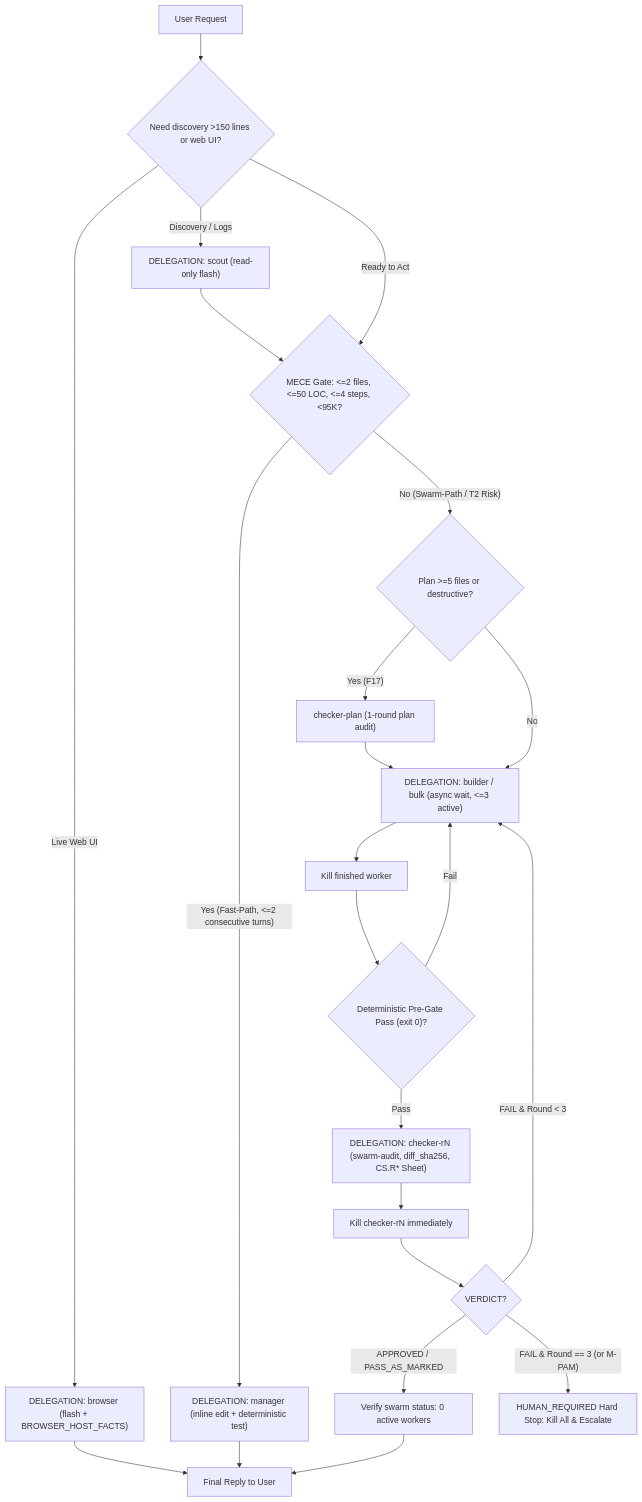
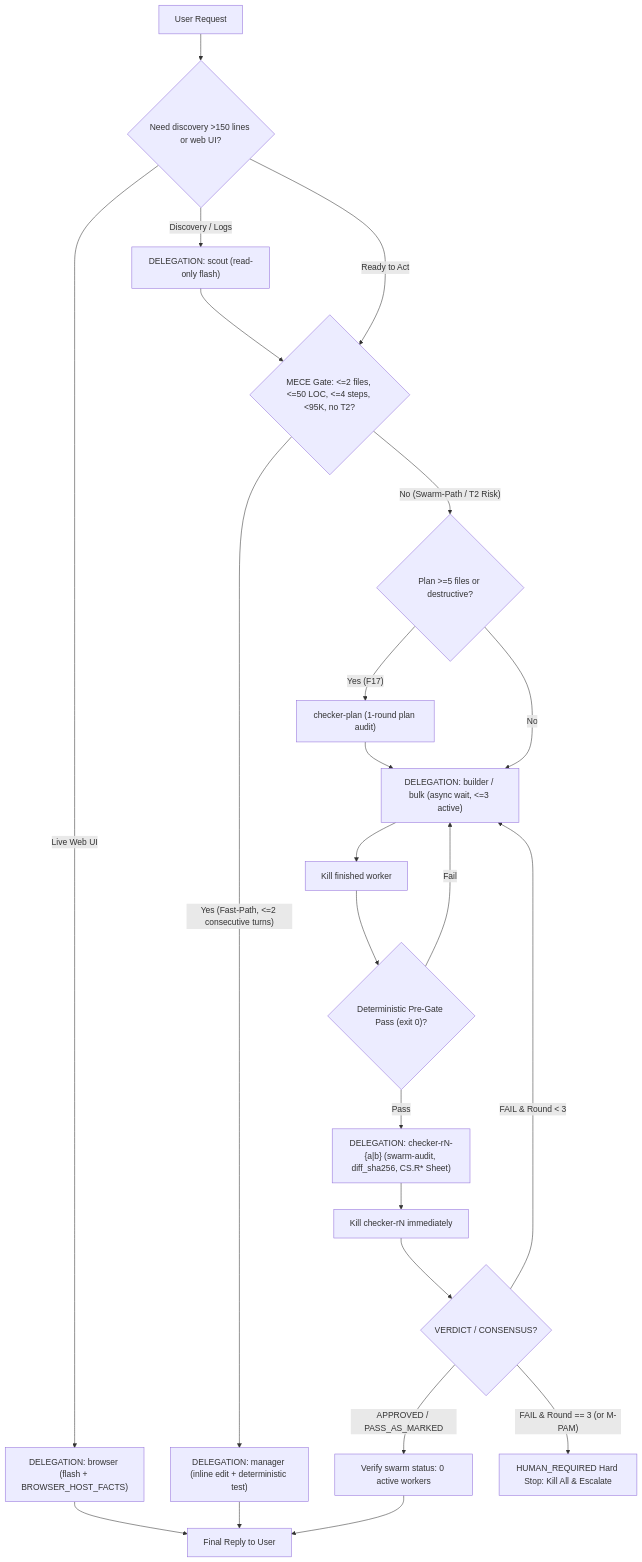
Before and after one commit to ehsandftm/antigravity-delegation-rules: the diagram in README.md, drawn with Mermaid. The commit also changed other lines of this file and 5 other files, not shown here.

````diff
--- a/README.md
+++ b/README.md
@@ -16,27 +17,27 @@
 ```mermaid
 flowchart TD
     U["User Request"] --> T{"Need discovery >150 lines or web UI?"}
     T -->|"Discovery / Logs"| SC["DELEGATION: scout (read-only flash)"]
     T -->|"Live Web UI"| BR["DELEGATION: browser (flash + BROWSER_HOST_FACTS)"]
     SC --> G
     BR --> DONE
-    T -->|"Ready to Act"| G{"MECE Gate: <=2 files, <=50 LOC, <=4 steps, <95K?"}
+    T -->|"Ready to Act"| G{"MECE Gate: <=2 files, <=50 LOC, <=4 steps, <95K, no T2?"}
 
     G -->|"Yes (Fast-Path, <=2 consecutive turns)"| M["DELEGATION: manager (inline edit + deterministic test)"]
     M --> DONE["Final Reply to User"]
 
     G -->|"No (Swarm-Path / T2 Risk)"| P{"Plan >=5 files or destructive?"}
     P -->|"Yes (F17)"| CP["checker-plan (1-round plan audit)"]
     CP --> W
     P -->|"No"| W["DELEGATION: builder / bulk (async wait, <=3 active)"]
     W --> K1["Kill finished worker"]
     K1 --> DT{"Deterministic Pre-Gate Pass (exit 0)?"}
     DT -->|"Fail"| W
-    DT -->|"Pass"| C["DELEGATION: checker-rN (swarm-audit, diff_sha256, CS.R* Sheet)"]
+    DT -->|"Pass"| C["DELEGATION: checker-rN-{a|b} (swarm-audit, diff_sha256, CS.R* Sheet)"]
     C --> K2["Kill checker-rN immediately"]
-    K2 --> V{"VERDICT?"}
+    K2 --> V{"VERDICT / CONSENSUS?"}
     V -->|"APPROVED / PASS_AS_MARKED"| ST["Verify swarm status: 0 active workers"]
     ST --> DONE
     V -->|"FAIL & Round < 3"| W
     V -->|"FAIL & Round == 3 (or M-PAM)"| HS["HUMAN_REQUIRED Hard Stop: Kill All & Escalate"]
 ```
````
